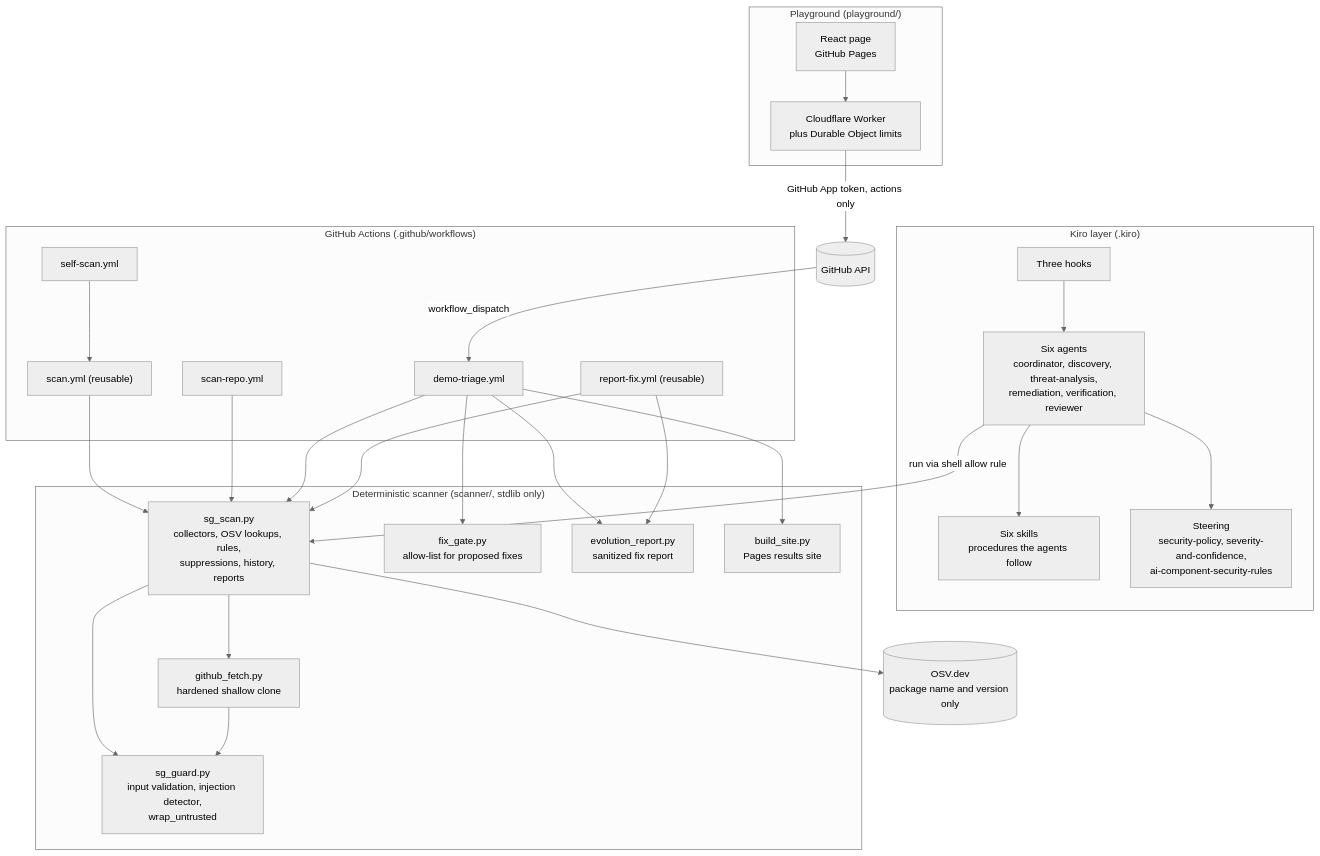
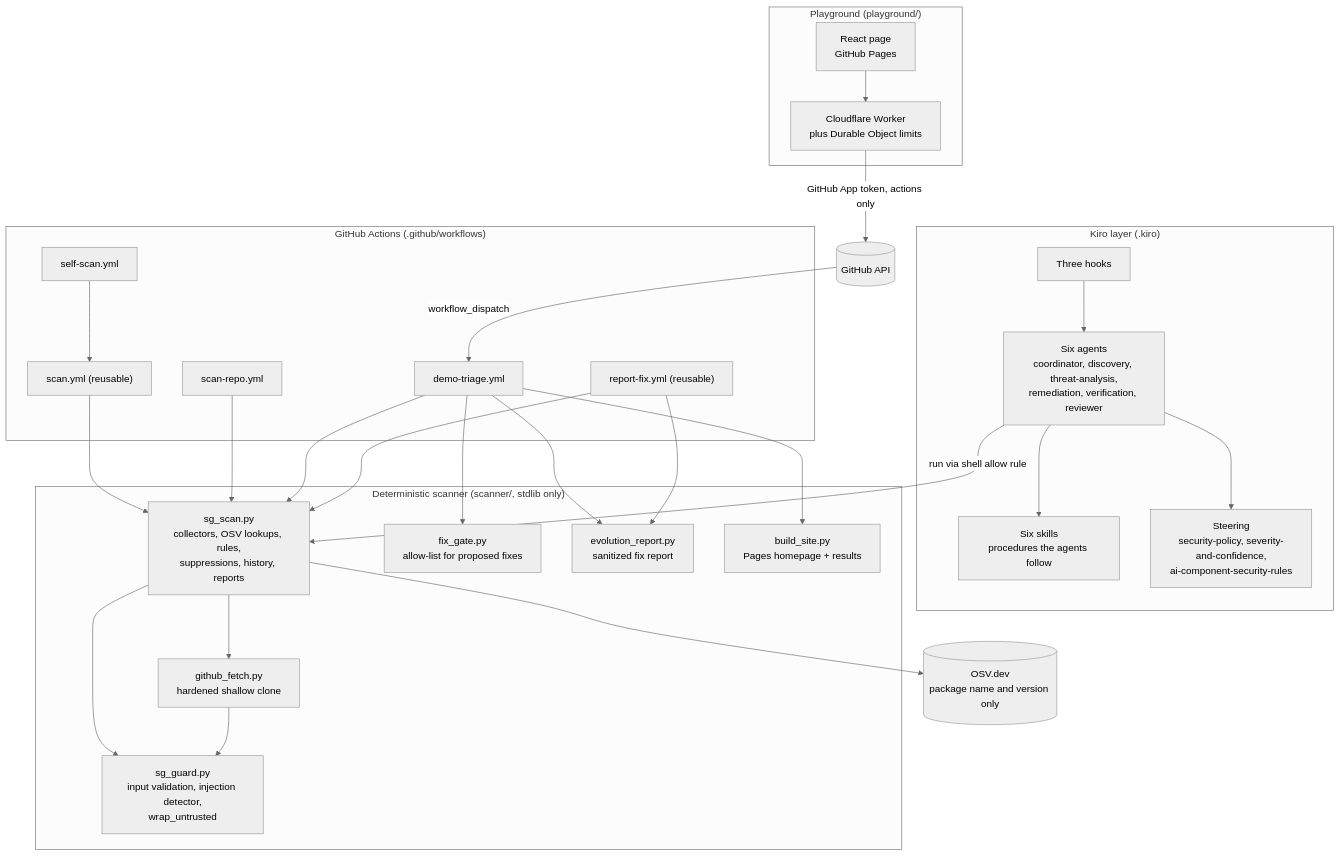
One commit to Fabr1ce/supplaiguard changed the first of 3 diagrams in docs/architecture.md. Above: the diagram before and after it, drawn with Mermaid (neutral theme). The commit also changed other lines of this file and 5 other files, not shown here.

Commit message:
site: make the Pages root a homepage that leads to the Playground

````diff
--- a/docs/architecture.md
+++ b/docs/architecture.md
@@ -7,55 +7,55 @@
 ```mermaid
 flowchart TB
     subgraph kiro["Kiro layer (.kiro)"]
         agents["Six agents<br/>coordinator, discovery, threat-analysis,<br/>remediation, verification, reviewer"]
         skills["Six skills<br/>procedures the agents follow"]
         steer["Steering<br/>security-policy, severity-and-confidence,<br/>ai-component-security-rules"]
         hooks["Three hooks"]
     end
 
     subgraph scan["Deterministic scanner (scanner/, stdlib only)"]
         sgscan["sg_scan.py<br/>collectors, OSV lookups, rules,<br/>suppressions, history, reports"]
         guard["sg_guard.py<br/>input validation, injection detector,<br/>wrap_untrusted"]
         fetch["github_fetch.py<br/>hardened shallow clone"]
         gate["fix_gate.py<br/>allow-list for proposed fixes"]
         evo["evolution_report.py<br/>sanitized fix report"]
-        site["build_site.py<br/>Pages results site"]
+        site["build_site.py<br/>Pages homepage + results"]
     end
 
     subgraph ci["GitHub Actions (.github/workflows)"]
         wscan["scan.yml (reusable)"]
         wself["self-scan.yml"]
         wrepo["scan-repo.yml"]
         wtriage["demo-triage.yml"]
         wreport["report-fix.yml (reusable)"]
     end
 
     subgraph pg["Playground (playground/)"]
         ui["React page<br/>GitHub Pages"]
         worker["Cloudflare Worker<br/>plus Durable Object limits"]
     end
 
     osv[("OSV.dev<br/>package name and version only")]
     gh[("GitHub API")]
 
     agents --> skills
     agents --> steer
     hooks --> agents
     agents -->|"run via shell allow rule"| sgscan
     sgscan --> osv
     sgscan --> guard
     fetch --> guard
     sgscan --> fetch
     wscan --> sgscan
     wself --> wscan
     wrepo --> sgscan
     wtriage --> sgscan
     wtriage --> gate
     wtriage --> evo
     wtriage --> site
     wreport --> sgscan
     wreport --> evo
     ui --> worker
     worker -->|"GitHub App token, actions only"| gh
     gh -->|"workflow_dispatch"| wtriage
 ```
````
